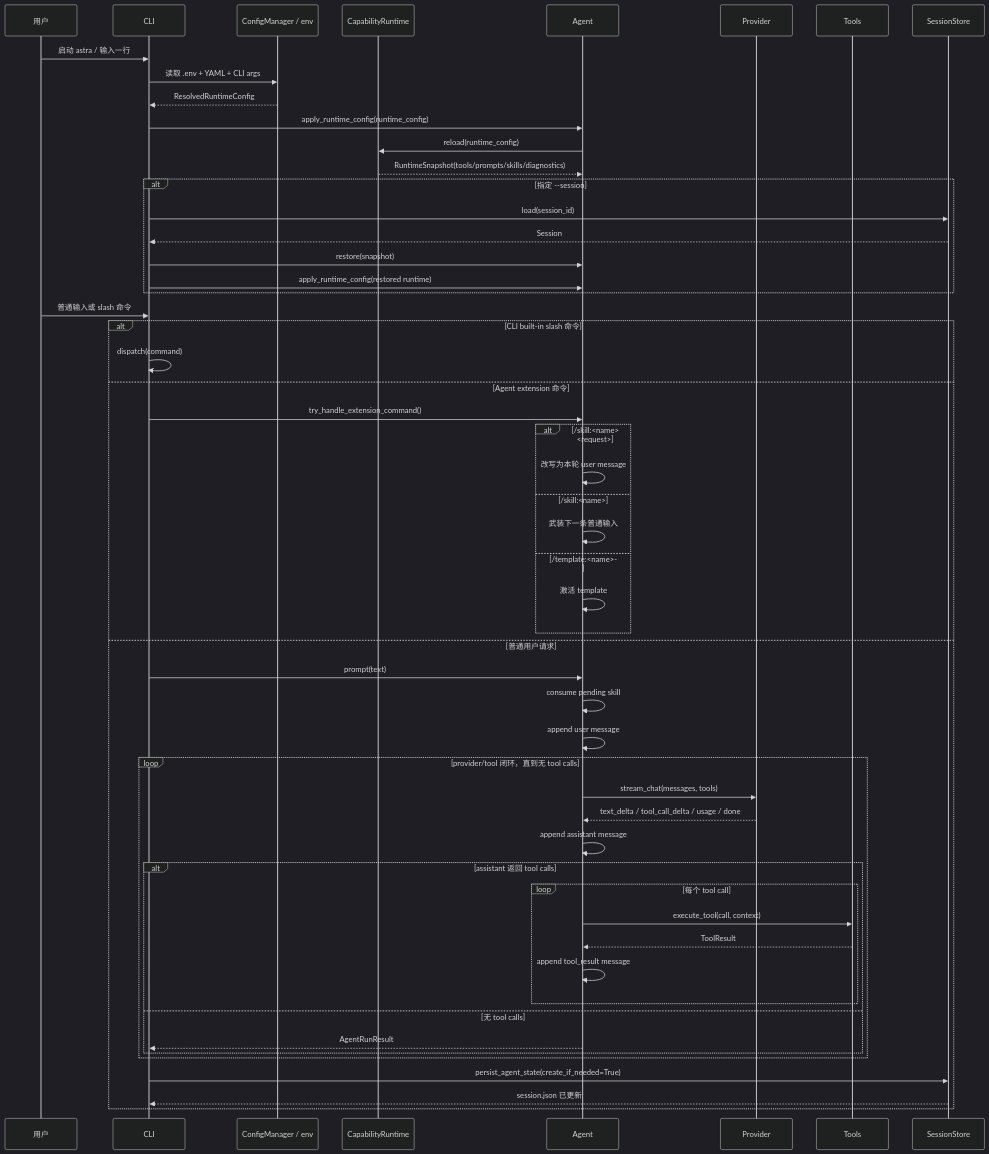
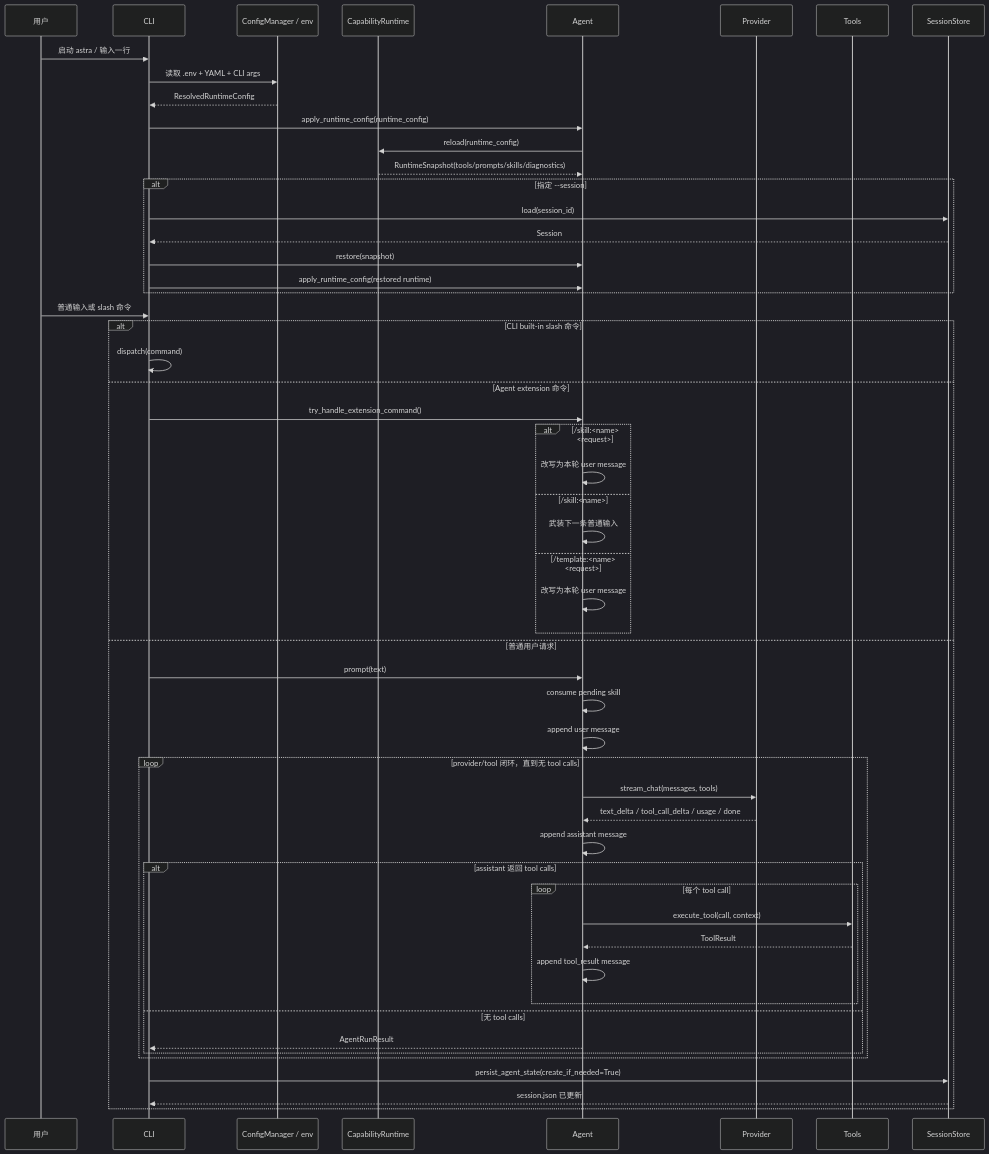
Before and after one commit to heshunme/astra: the diagram in docs/request_flow_v2.md, drawn with Mermaid (dark theme). The commit also changed other lines of this file and 12 other files, not shown here.

Commit message:
feat: Refactor /template into one-shot user-message injection

````diff
--- a/docs/request_flow_v2.md
+++ b/docs/request_flow_v2.md
@@ -6,62 +6,62 @@
 ```mermaid
 sequenceDiagram
     participant U as 用户
     participant CLI as CLI
     participant CFG as ConfigManager / env
     participant RT as CapabilityRuntime
     participant A as Agent
     participant P as Provider
     participant T as Tools
     participant S as SessionStore
 
     U->>CLI: 启动 astra / 输入一行
     CLI->>CFG: 读取 .env + YAML + CLI args
     CFG-->>CLI: ResolvedRuntimeConfig
     CLI->>A: apply_runtime_config(runtime_config)
     A->>RT: reload(runtime_config)
     RT-->>A: RuntimeSnapshot(tools/prompts/skills/diagnostics)
 
     alt 指定 --session
         CLI->>S: load(session_id)
         S-->>CLI: Session
         CLI->>A: restore(snapshot)
         CLI->>A: apply_runtime_config(restored runtime)
     end
 
     U->>CLI: 普通输入或 slash 命令
     alt CLI built-in slash 命令
         CLI->>CLI: dispatch(command)
     else Agent extension 命令
         CLI->>A: try_handle_extension_command()
         alt /skill:<name> <request>
             A->>A: 改写为本轮 user message
         else /skill:<name>
             A->>A: 武装下一条普通输入
-        else /template:<name>
-            A->>A: 激活 template
+        else /template:<name> <request>
+            A->>A: 改写为本轮 user message
         end
     else 普通用户请求
         CLI->>A: prompt(text)
         A->>A: consume pending skill
         A->>A: append user message
 
         loop provider/tool 闭环，直到无 tool calls
             A->>P: stream_chat(messages, tools)
             P-->>A: text_delta / tool_call_delta / usage / done
             A->>A: append assistant message
 
             alt assistant 返回 tool calls
                 loop 每个 tool call
                     A->>T: execute_tool(call, context)
                     T-->>A: ToolResult
                     A->>A: append tool_result message
                 end
             else 无 tool calls
                 A-->>CLI: AgentRunResult
             end
         end
 
         CLI->>S: persist_agent_state(create_if_needed=True)
         S-->>CLI: session.json 已更新
     end
 ```
````
